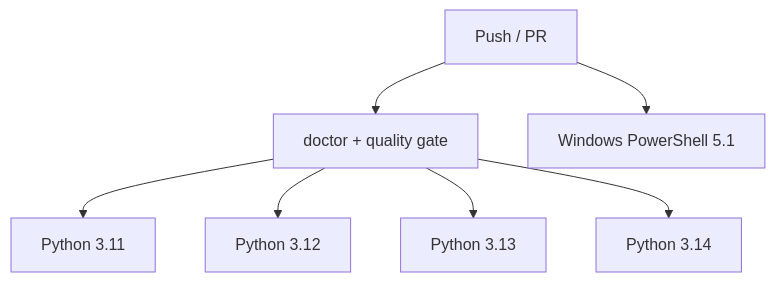
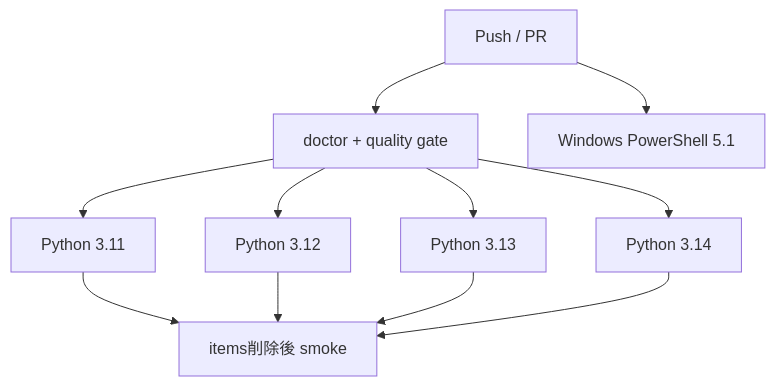
One commit to k-systems202208/python-sqlite-tailscale-webapp-template changed the third of 4 diagrams in docs/DEVELOPMENT.md. Above: the diagram before and after it, drawn with Mermaid. The commit also changed other lines of this file and 4 other files, not shown here.

````diff
--- a/docs/DEVELOPMENT.md
+++ b/docs/DEVELOPMENT.md
@@ -118,9 +119,13 @@
 ```mermaid
 flowchart TD
     P["Push / PR"] --> Q["doctor + quality gate"]
     Q --> P11["Python 3.11"]
     Q --> P12["Python 3.12"]
     Q --> P13["Python 3.13"]
     Q --> P14["Python 3.14"]
+    P11 --> S["items削除後 smoke"]
+    P12 --> S
+    P13 --> S
+    P14 --> S
     P --> W["Windows PowerShell 5.1"]
 ```
````
